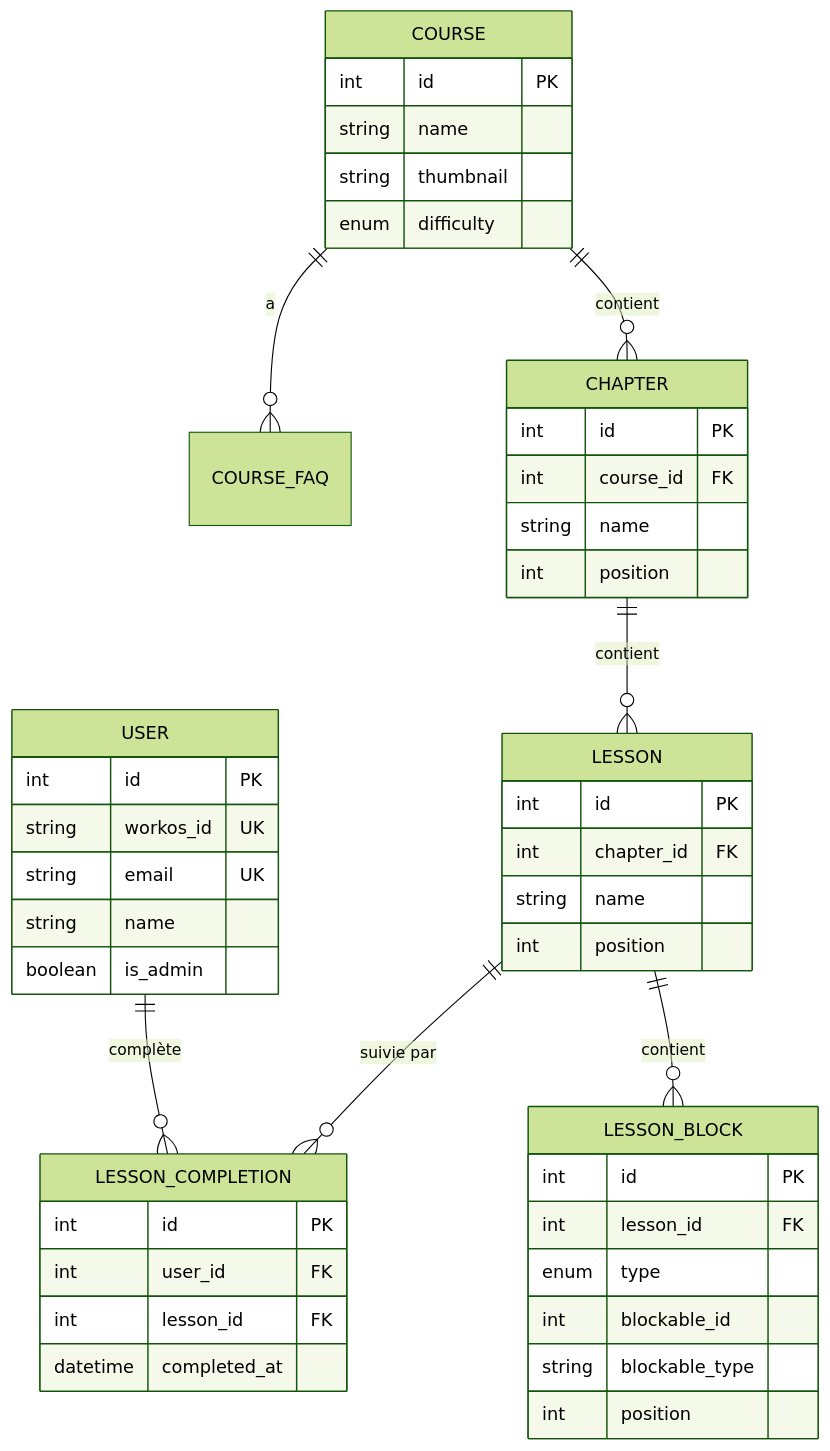
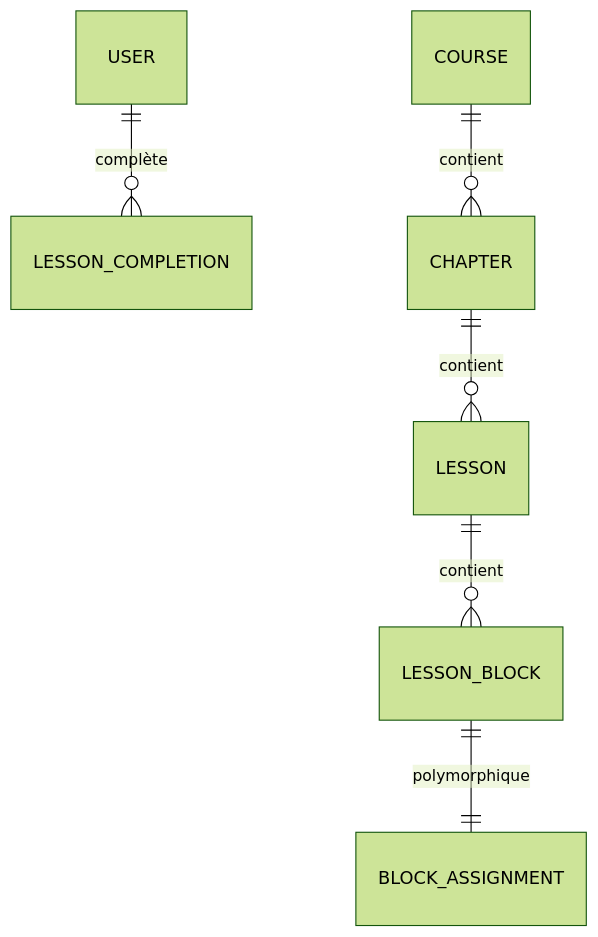
Before and after one commit to Xefreh/mine-adventure: the diagram in report/07-ccp2-backend/01-base-donnees.md, drawn with Mermaid (forest theme). The commit also changed other lines of this file and 46 other files, not shown here.

Commit message:
feat: add diagrams and styles for project documentation and report generation

````diff
--- a/report/07-ccp2-backend/01-base-donnees.md
+++ b/report/07-ccp2-backend/01-base-donnees.md
@@ -20,53 +15,8 @@
 ```mermaid
 erDiagram
     USER ||--o{ LESSON_COMPLETION : "complète"
-    USER {
-        int id PK
-        string workos_id UK
-        string email UK
-        string name
-        boolean is_admin
-    }
-
     COURSE ||--o{ CHAPTER : "contient"
-    COURSE ||--o{ COURSE_FAQ : "a"
-    COURSE {
-        int id PK
-        string name
-        string thumbnail
-        enum difficulty
-    }
-
     CHAPTER ||--o{ LESSON : "contient"
-    CHAPTER {
-        int id PK
-        int course_id FK
-        string name
-        int position
-    }
-
     LESSON ||--o{ LESSON_BLOCK : "contient"
-    LESSON ||--o{ LESSON_COMPLETION : "suivie par"
-    LESSON {
-        int id PK
-        int chapter_id FK
-        string name
-        int position
-    }
-
-    LESSON_BLOCK {
-        int id PK
-        int lesson_id FK
-        enum type
-        int blockable_id
-        string blockable_type
-        int position
-    }
-
-    LESSON_COMPLETION {
-        int id PK
-        int user_id FK
-        int lesson_id FK
-        datetime completed_at
-    }
+    LESSON_BLOCK ||--|| BLOCK_ASSIGNMENT : "polymorphique"
 ```
````
